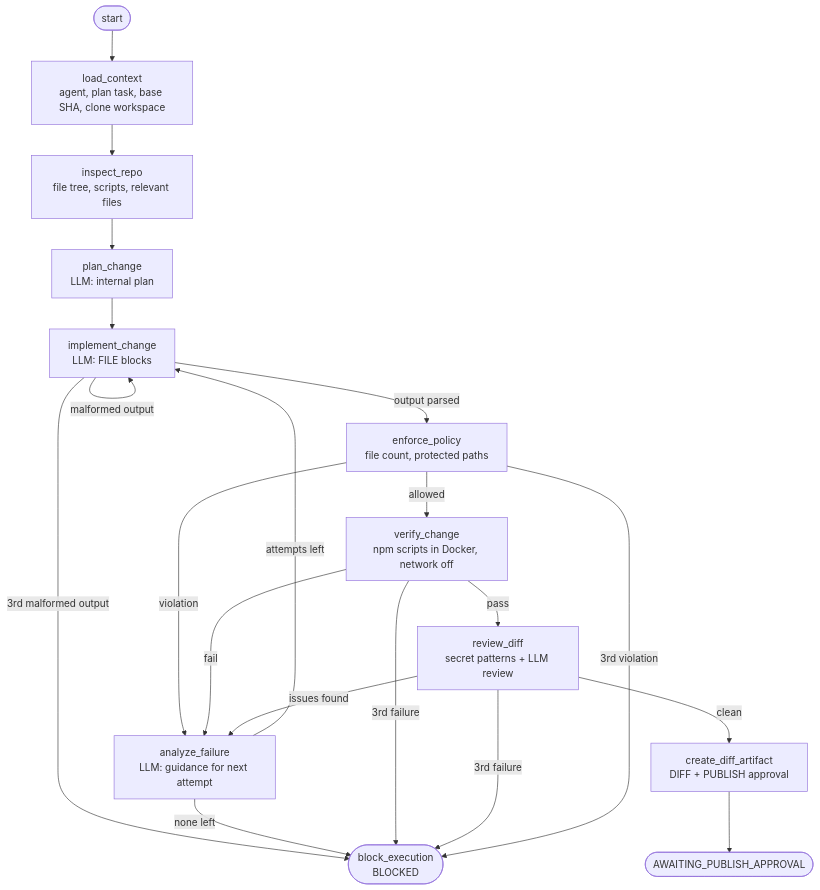
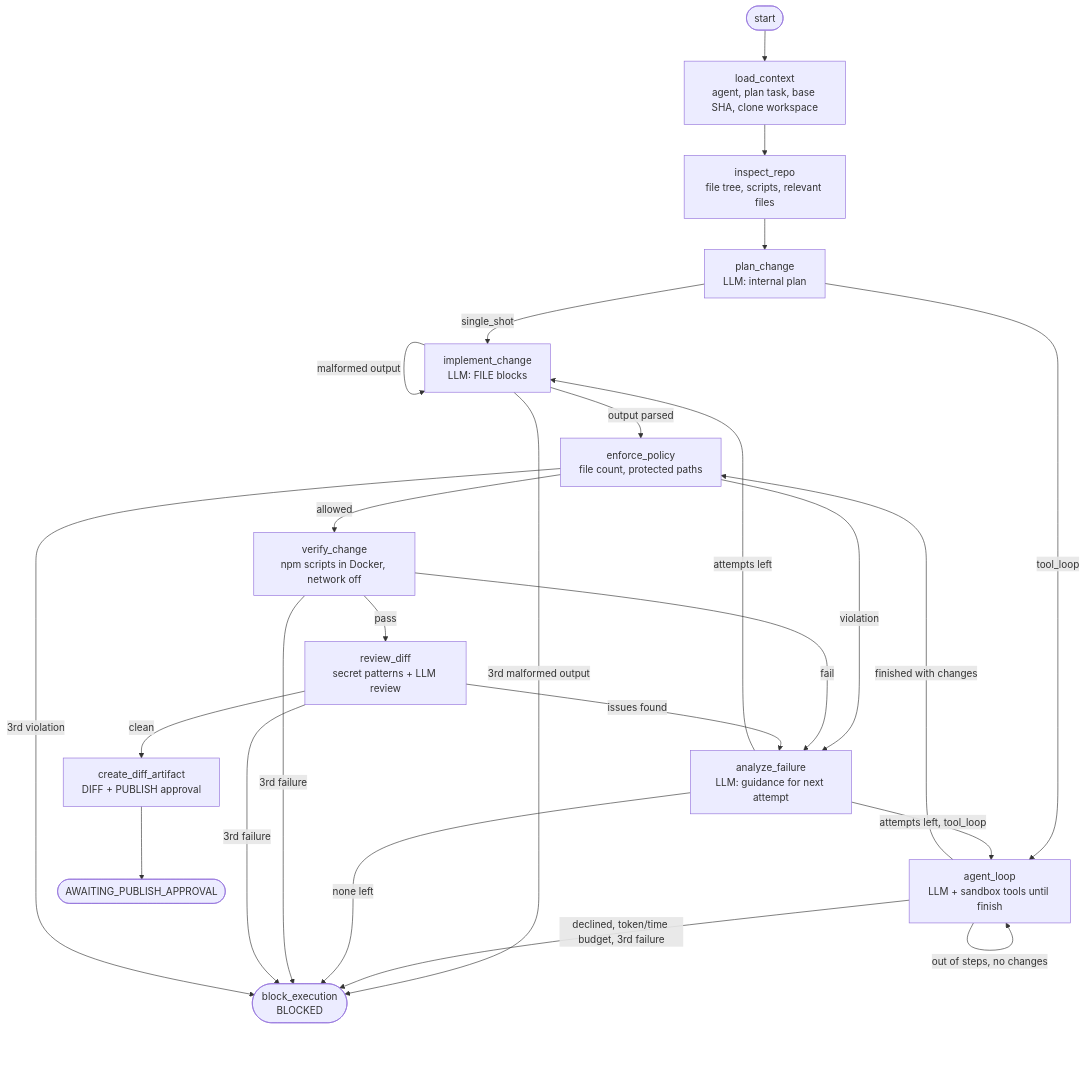
The fourth of 7 diagrams in README.md (zack10/agent-orchestration-app-backend), drawn with Mermaid before and after one commit. The commit also changed other lines of this file and 10 other files, not shown here.

First line of the commit message:
feat(agent): tool loop execution mode with budgets and step events

````diff
--- a/README.md
+++ b/README.md
@@ -202,22 +202,27 @@
 ```mermaid
 flowchart TD
     start([start]) --> load["load_context<br/>agent, plan task, base SHA, clone workspace"]
     load --> inspect["inspect_repo<br/>file tree, scripts, relevant files"]
     inspect --> plan["plan_change<br/>LLM: internal plan"]
-    plan --> impl["implement_change<br/>LLM: FILE blocks"]
+    plan -->|single_shot| impl["implement_change<br/>LLM: FILE blocks"]
+    plan -->|tool_loop| loop["agent_loop<br/>LLM + sandbox tools until finish"]
     impl -->|output parsed| policy["enforce_policy<br/>file count, protected paths"]
     impl -->|malformed output| impl
     impl -->|3rd malformed output| blocked
+    loop -->|finished with changes| policy
+    loop -->|out of steps, no changes| loop
+    loop -->|declined, token/time budget, 3rd failure| blocked
     policy -->|violation| analyze
     policy -->|allowed| verify["verify_change<br/>npm scripts in Docker, network off"]
     verify -->|pass| review["review_diff<br/>secret patterns + LLM review"]
     verify -->|fail| analyze["analyze_failure<br/>LLM: guidance for next attempt"]
     review -->|issues found| analyze
     review -->|clean| artifact["create_diff_artifact<br/>DIFF + PUBLISH approval"]
     analyze -->|attempts left| impl
+    analyze -->|attempts left, tool_loop| loop
     analyze -->|none left| blocked(["block_execution<br/>BLOCKED"])
     verify -->|3rd failure| blocked
     review -->|3rd failure| blocked
     policy -->|3rd violation| blocked
     artifact --> done(["AWAITING_PUBLISH_APPROVAL"])
 ```
````
